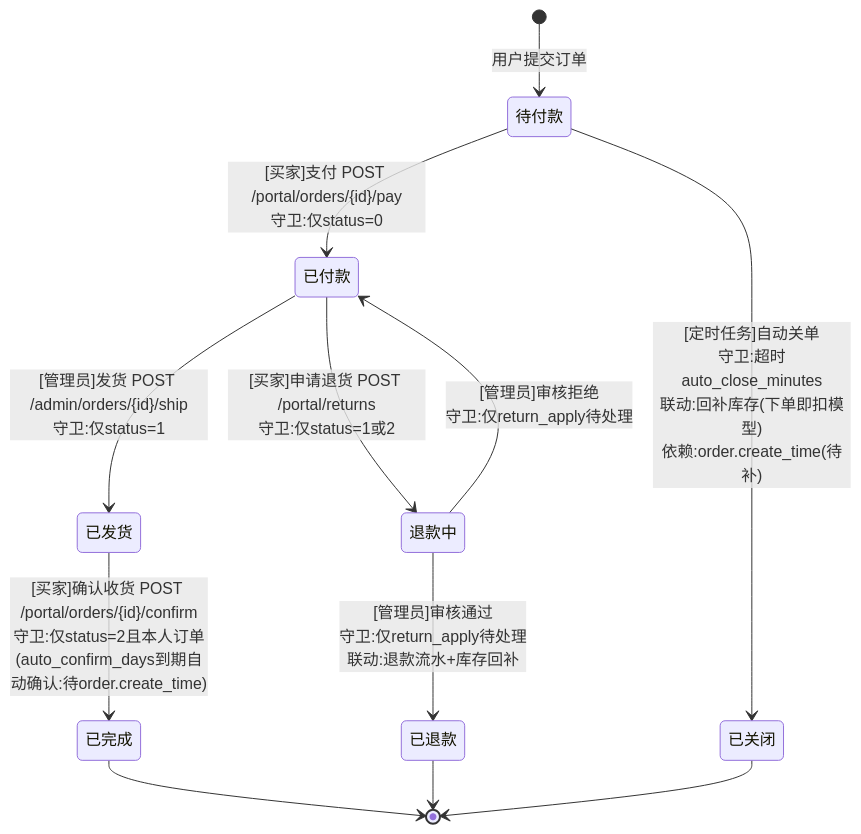
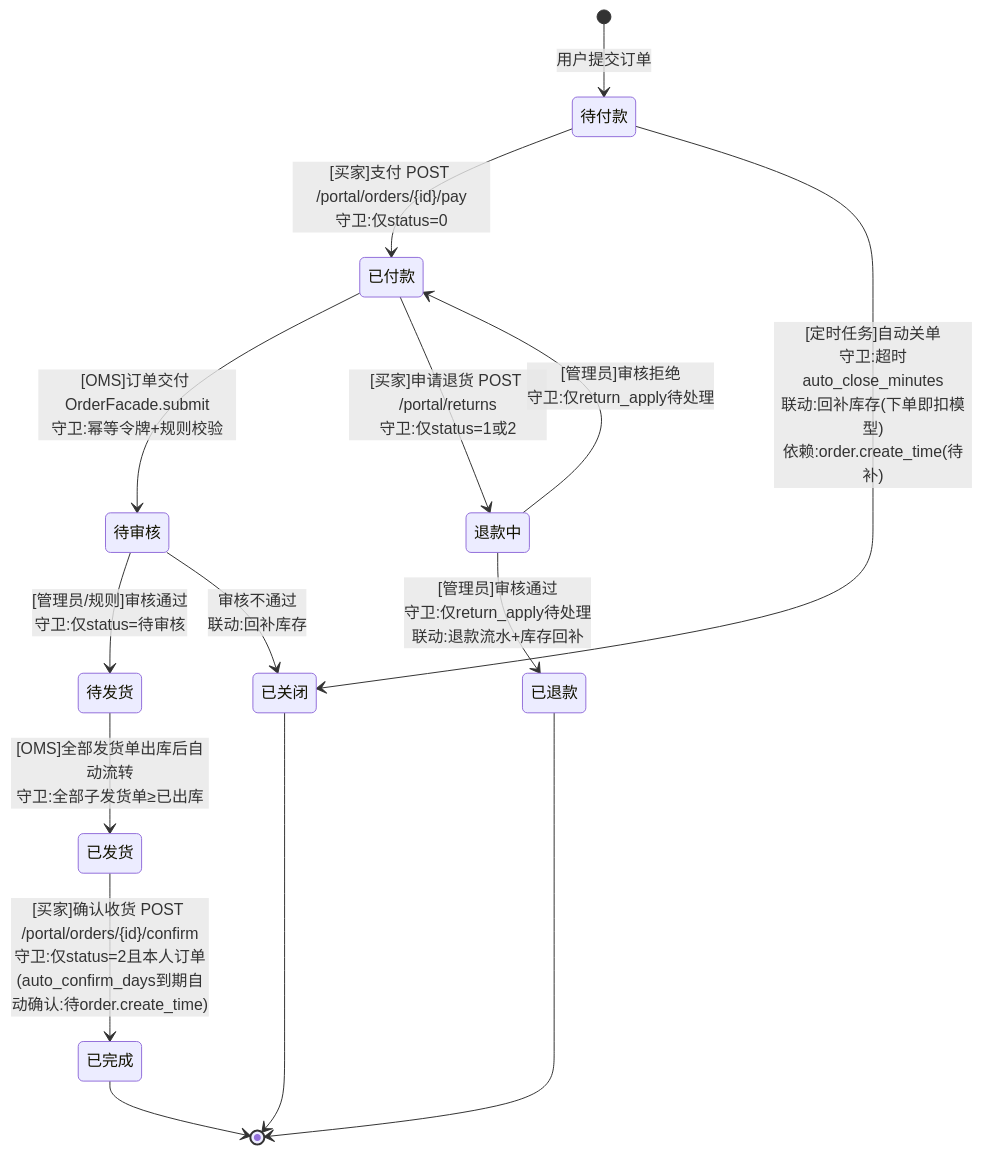
Before and after one commit to zzy-repo/qiqi-mall: the diagram in docs/flows/04-状态机与修复/14-订单状态图.mmd, drawn with Mermaid. The commit also changed 237 other files, not shown here.

Commit message:
docs: 拆单/发货单设计图集入库(ER图21/拆单时序22/发货单状态图23) + 图14升级(加待审核/待发货段,发货单驱动流转) + 索引同步

```diff
--- a/docs/flows/04-状态机与修复/14-订单状态图.mmd
+++ b/docs/flows/04-状态机与修复/14-订单状态图.mmd
@@ -1,12 +1,15 @@
 stateDiagram-v2
     [*] --> 待付款 : 用户提交订单
     待付款 --> 已付款 : [买家]支付 POST /portal/orders/{id}/pay<br/>守卫:仅status=0
     待付款 --> 已关闭 : [定时任务]自动关单<br/>守卫:超时auto_close_minutes<br/>联动:回补库存(下单即扣模型)<br/>依赖:order.create_time(待补)
-    已付款 --> 已发货 : [管理员]发货 POST /admin/orders/{id}/ship<br/>守卫:仅status=1
+    已付款 --> 待审核 : [OMS]订单交付 OrderFacade.submit<br/>守卫:幂等令牌+规则校验
+    待审核 --> 待发货 : [管理员/规则]审核通过<br/>守卫:仅status=待审核
+    待审核 --> 已关闭 : 审核不通过<br/>联动:回补库存
+    待发货 --> 已发货 : [OMS]全部发货单出库后自动流转<br/>守卫:全部子发货单≥已出库
     已付款 --> 退款中 : [买家]申请退货 POST /portal/returns<br/>守卫:仅status=1或2
     已发货 --> 已完成 : [买家]确认收货 POST /portal/orders/{id}/confirm<br/>守卫:仅status=2且本人订单<br/>(auto_confirm_days到期自动确认:待order.create_time)
     已完成 --> [*]
     已关闭 --> [*]
     退款中 --> 已退款 : [管理员]审核通过<br/>守卫:仅return_apply待处理<br/>联动:退款流水+库存回补
     退款中 --> 已付款 : [管理员]审核拒绝<br/>守卫:仅return_apply待处理
     已退款 --> [*]
```
